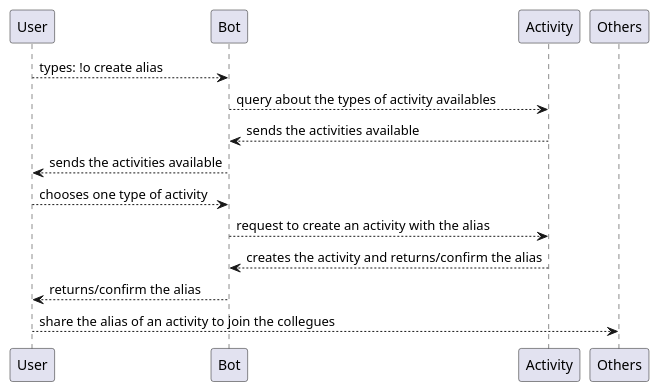
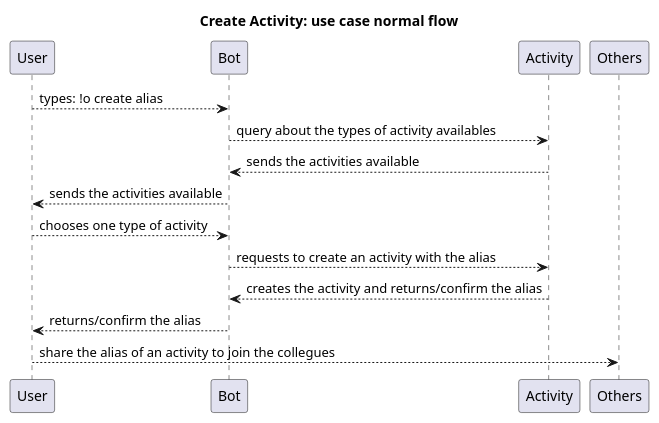
The diagram in docs/uml/ucCreateActivity.puml (oibaf-ifrs/bot), drawn with PlantUML before and after one commit. The commit also changed 16 other files, not shown here.

```diff
--- a/docs/uml/ucCreateActivity.puml
+++ b/docs/uml/ucCreateActivity.puml
@@ -1,11 +1,14 @@
 @startuml
+
+title Create Activity: use case normal flow
+
 User --> Bot: types: !o create alias
 Bot --> Activity: query about the types of activity availables
 Activity --> Bot: sends the activities available
 Bot --> User: sends the activities available
 User --> Bot: chooses one type of activity
-Bot --> Activity: request to create an activity with the alias
+Bot --> Activity: requests to create an activity with the alias
 Activity --> Bot: creates the activity and returns/confirm the alias
 Bot --> User: returns/confirm the alias
 User --> Others: share the alias of an activity to join the collegues
 @enduml
```
